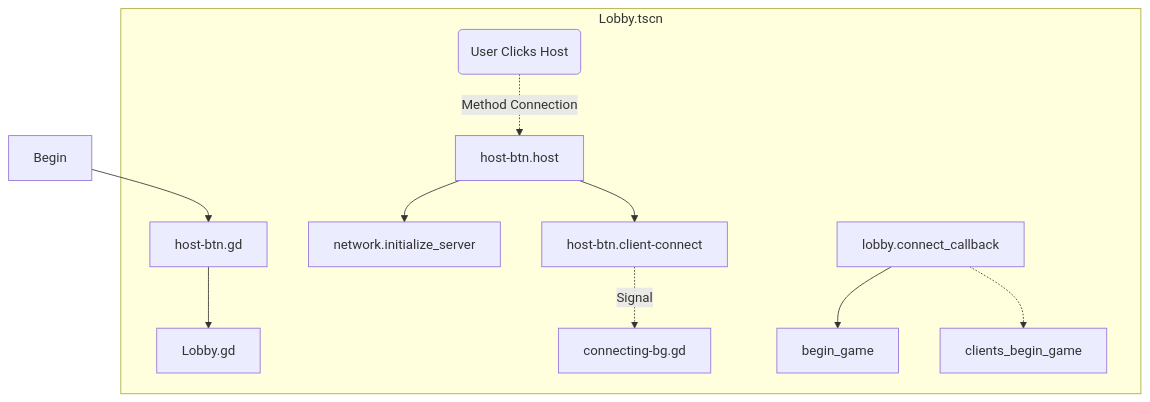
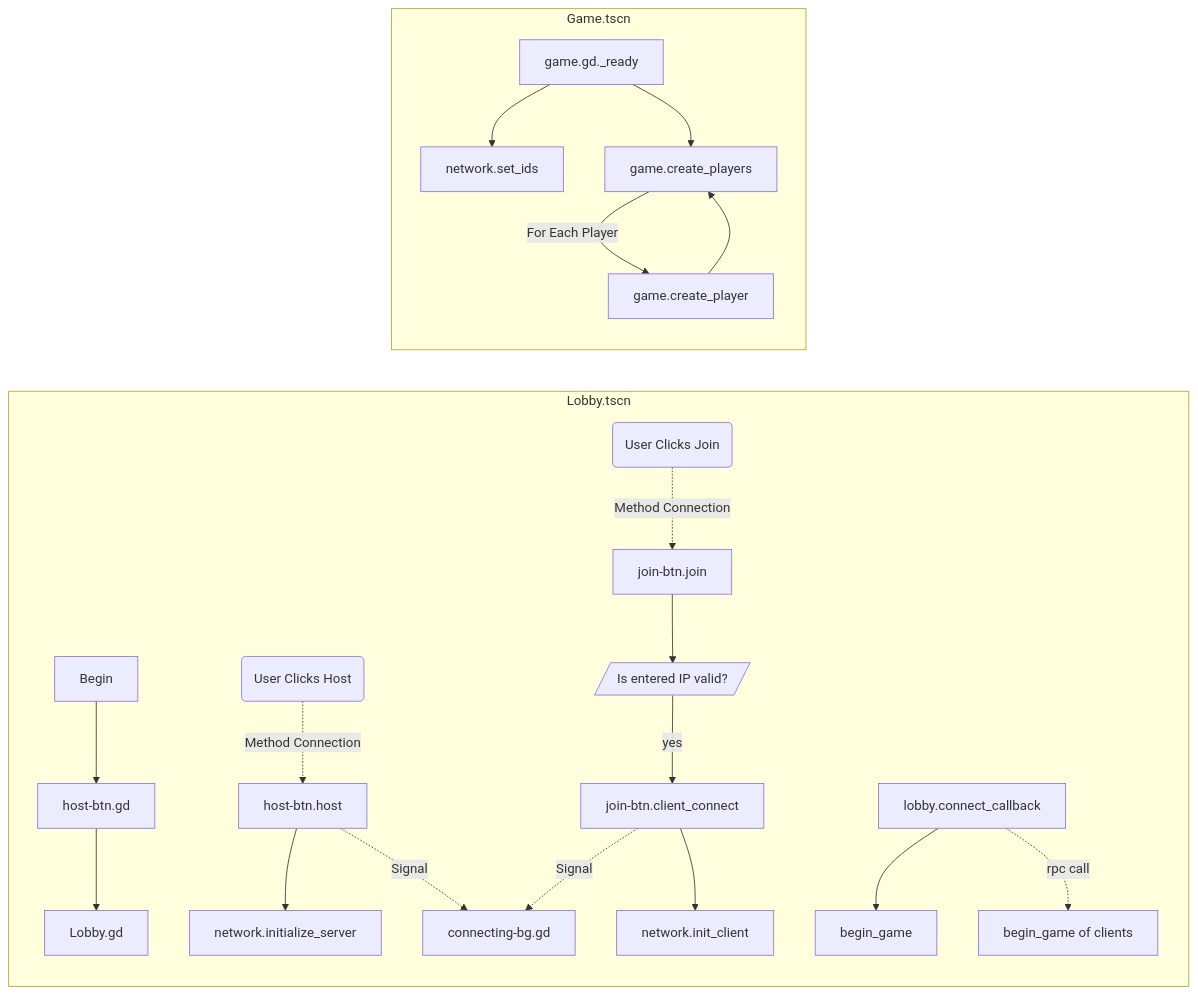
Before and after one commit to EECE3093C/team-project-wiitanks-networking-demo: the second of 2 diagrams in readme.md, drawn with Mermaid. The commit also changed other lines of this file, not shown here.

Commit message:
before branching graphs into 2+ subheadings

````diff
--- a/readme.md
+++ b/readme.md
@@ -22,17 +22,35 @@
 ```mermaid
-flowchart TD
-    Begin --> host-btn.gd
+flowchart LR
+    
+    
+    subgraph Lobby.tscn
+        
+        direction TB
+        Begin --> host-btn.gd
+        host-btn.gd --> Lobby.gd
+        id1(User Clicks Host) -.->|Method Connection| host-btn.host
+        host-btn.host --> network.initialize_server
+        host-btn.host -.->|Signal| connecting-bg.gd
 
-    subgraph Lobby.tscn
-    host-btn.gd --> Lobby.gd
-    id1(User Clicks Host) -.->|Method Connection| host-btn.host
-    host-btn.host --> network.initialize_server
-    host-btn.host --> host-btn.client-connect 
-    host-btn.client-connect -.->|Signal| connecting-bg.gd
+        id3(User Clicks Join) -.->|Method Connection| join-btn.join
+        join-btn.join --> id5[/Is entered IP valid?/]
+        id5 -->|yes| join-btn.client_connect
+        join-btn.client_connect --> network.init_client
+        join-btn.client_connect -.->|Signal| connecting-bg.gd
 
-    lobby.connect_callback --> begin_game
-    lobby.connect_callback -.-> clients_begin_game
+        lobby.connect_callback --> begin_game
+        lobby.connect_callback -.->|rpc call| id2[begin_game of clients]
+
+    end
+
+    subgraph Game.tscn
+
+        direction TB
+        game.gd._ready --> network.set_ids
+        game.gd._ready --> game.create_players
+        game.create_players -->|For Each Player| game.create_player
+        game.create_player --> game.create_players
 
     end
 
 ```
````
